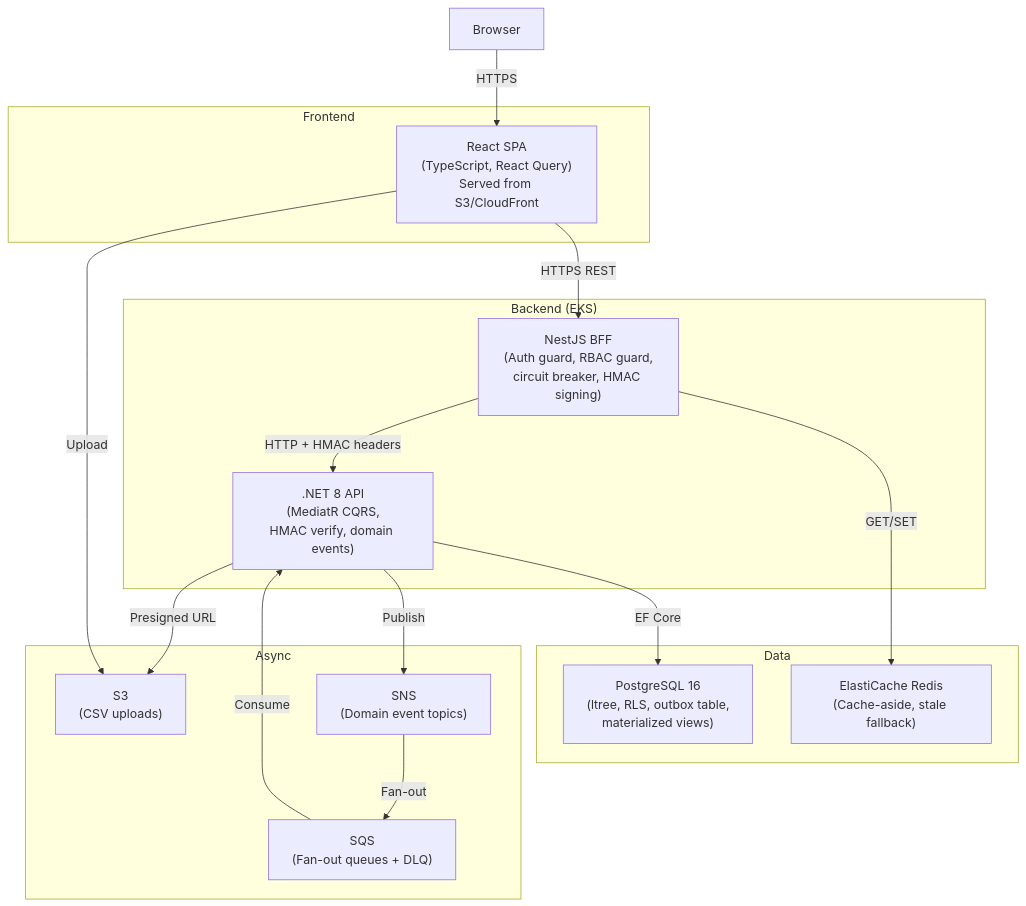
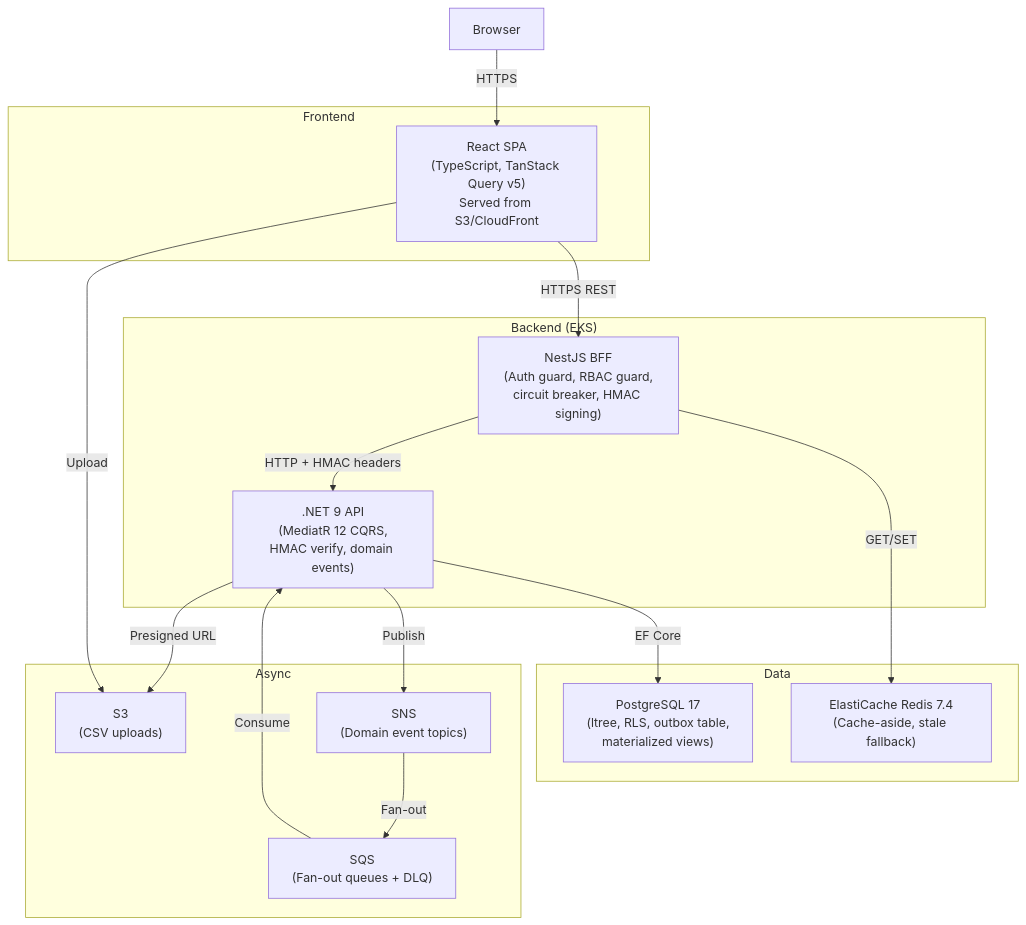
One commit to sukhesh035/employee_budget_allocation changed the second of 14 diagrams in docs/diagrams/ARCHITECTURE.md. Above: the diagram before and after it, drawn with Mermaid. The commit also changed other lines of this file and 11 other files, not shown here.

````diff
--- a/docs/diagrams/ARCHITECTURE.md
+++ b/docs/diagrams/ARCHITECTURE.md
@@ -38,35 +38,35 @@
 ```mermaid
 flowchart TB
     USER["Browser"]
 
     subgraph Frontend
-        SPA["React SPA\n(TypeScript, React Query)\nServed from S3/CloudFront"]
+        SPA["React SPA\n(TypeScript, TanStack Query v5)\nServed from S3/CloudFront"]
     end
 
     subgraph Backend ["Backend (EKS)"]
         BFF["NestJS BFF\n(Auth guard, RBAC guard,\ncircuit breaker, HMAC signing)"]
-        API[".NET 8 API\n(MediatR CQRS,\nHMAC verify, domain events)"]
+        API[".NET 9 API\n(MediatR 12 CQRS,\nHMAC verify, domain events)"]
     end
 
     subgraph Data
-        PG["PostgreSQL 16\n(ltree, RLS, outbox table,\nmaterialized views)"]
-        REDIS["ElastiCache Redis\n(Cache-aside, stale fallback)"]
+        PG["PostgreSQL 17\n(ltree, RLS, outbox table,\nmaterialized views)"]
+        REDIS["ElastiCache Redis 7.4\n(Cache-aside, stale fallback)"]
     end
 
     subgraph Async
         S3["S3\n(CSV uploads)"]
         SNS["SNS\n(Domain event topics)"]
         SQS["SQS\n(Fan-out queues + DLQ)"]
     end
 
     USER -->|HTTPS| SPA
     SPA -->|HTTPS REST| BFF
     BFF -->|HTTP + HMAC headers| API
     BFF -->|GET/SET| REDIS
     API -->|EF Core| PG
     API -->|Publish| SNS
     SNS -->|Fan-out| SQS
     SQS -->|Consume| API
     API -->|Presigned URL| S3
     SPA -->|Upload| S3
 ```
````
